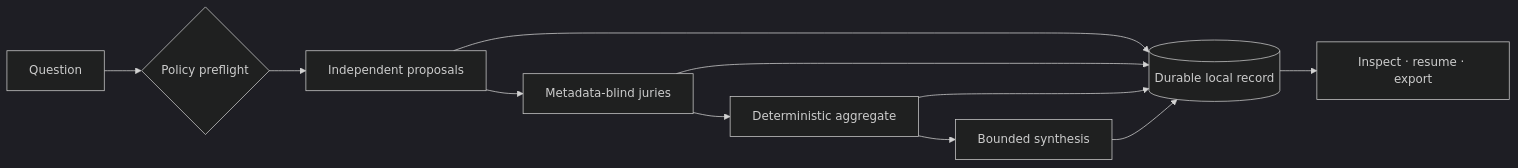
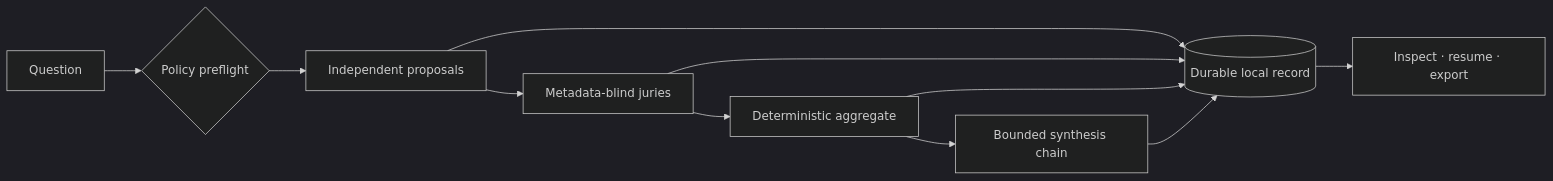
The diagram in README.md (apcar/CouncilLogic), drawn with Mermaid (dark theme) before and after one commit. The commit also changed other lines of this file and 32 other files, not shown here.

````diff
--- a/README.md
+++ b/README.md
@@ -89,13 +91,13 @@
 ```mermaid
 flowchart LR
     Q["Question"] --> G{"Policy preflight"}
     G --> P["Independent proposals"]
     P --> J["Metadata-blind juries"]
     J --> A["Deterministic aggregate"]
-    A --> S["Bounded synthesis"]
+    A --> S["Bounded synthesis chain"]
     P --> R[("Durable local record")]
     J --> R
     A --> R
     S --> R
     R --> O["Inspect · resume · export"]
 ```
````
